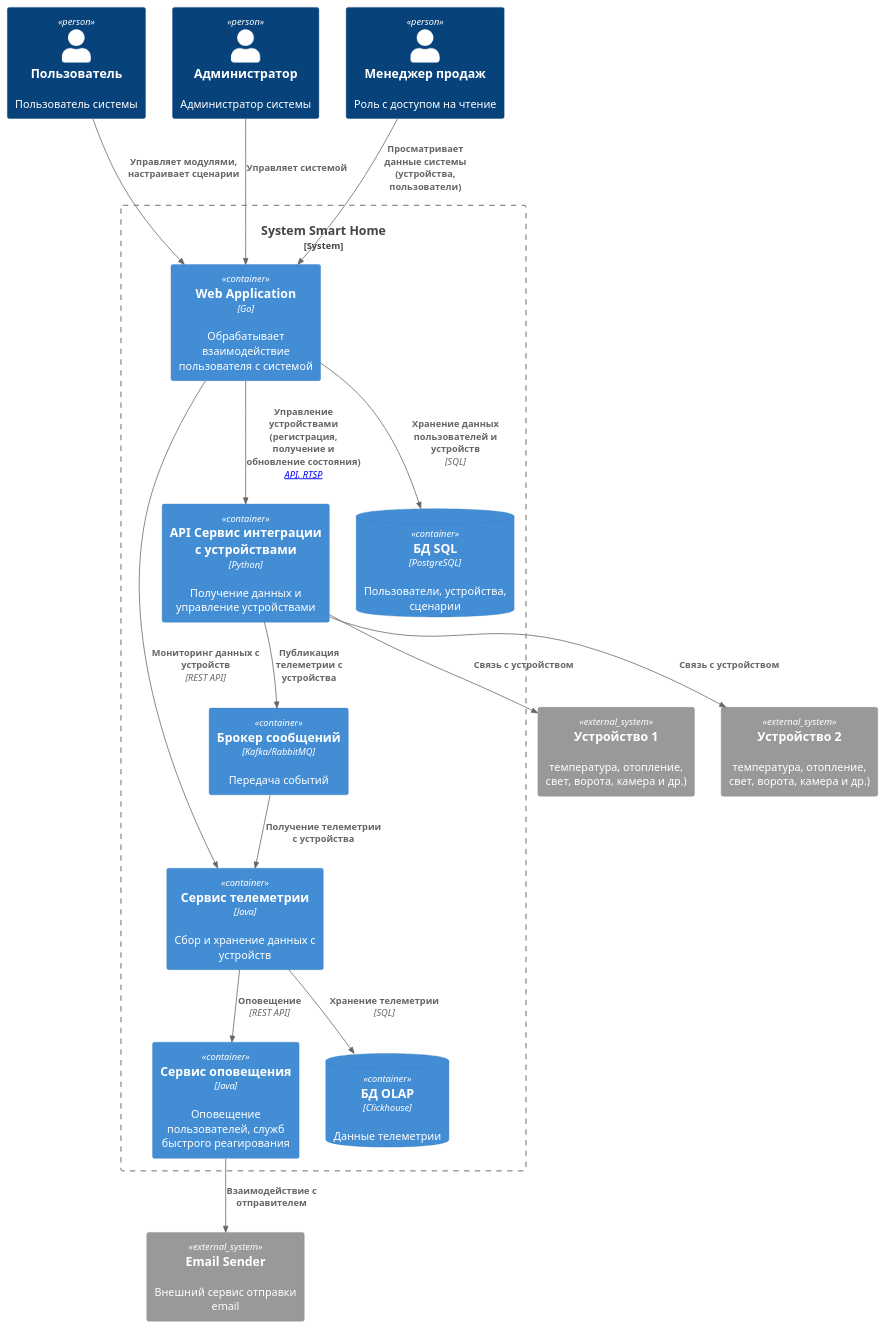
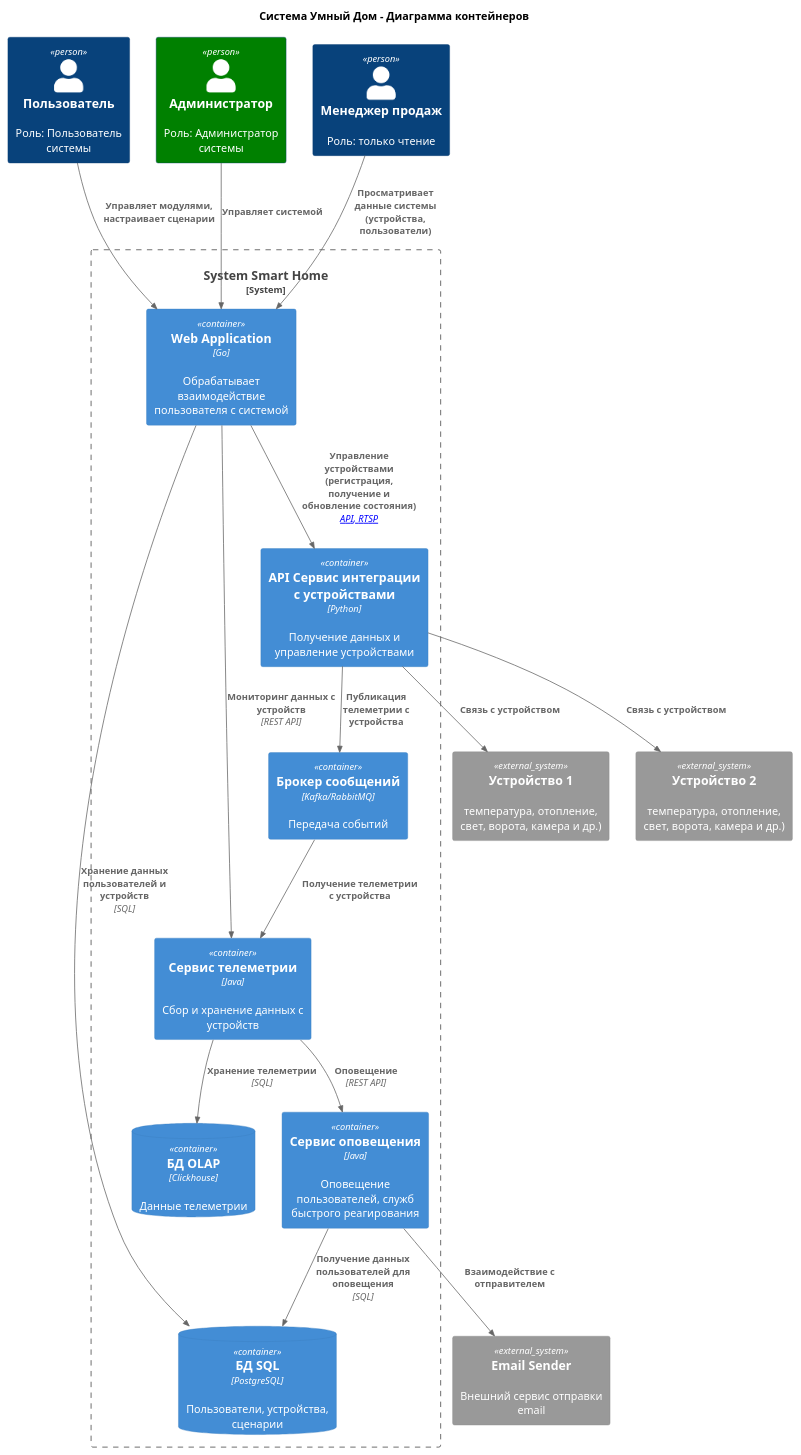
One commit to mironsv/architecture-warmhouse changed the diagram in diagrams/container/system_smart_house.puml. Above: the diagram before and after it, drawn with PlantUML. The commit also changed 3 other files, not shown here.

Commit message:
Task 3 Add ER diagram

```diff
--- a/diagrams/container/system_smart_house.puml
+++ b/diagrams/container/system_smart_house.puml
@@ -1,35 +1,37 @@
 @startuml containers
+title Система Умный Дом - Диаграмма контейнеров
 !include C4_Container.puml
 
-Person(user, "Пользователь", "Пользователь системы")
-Person(admin, "Администратор", "Администратор системы")
-Person(sales_manager, "Менеджер продаж", "Роль с доступом на чтение")
+Person(user, "Пользователь", "Роль: Пользователь системы")
+Person(admin, "Администратор", "Роль: Администратор системы") #Green
+Person(sales_manager, "Менеджер продаж", "Роль: только чтение")
 
 System_Boundary(system, "System Smart Home") {
   Container(web_app, "Web Application", "Go", "Обрабатывает взаимодействие пользователя с системой")
   Container(devices_api, "API Сервис интеграции с устройствами", "Python", "Получение данных и управление устройствами")
   Container(telemetry, "Сервис телеметрии", "Java", "Сбор и хранение данных с устройств")
   Container(notification, "Сервис оповещения", "Java", "Оповещение пользователей, служб быстрого реагирования")
   Container(message_broker, "Брокер сообщений", "Kafka/RabbitMQ", "Передача событий")
   ContainerDb(db_sql, "БД SQL", "PostgreSQL", "Пользователи, устройства, сценарии")
   ContainerDb(db_clickhouse, "БД OLAP", "Clickhouse", "Данные телеметрии")
 }
 
 System_Ext(device1, "Устройство 1", "температура, отопление, свет, ворота, камера и др.)")
 System_Ext(device2, "Устройство 2", "температура, отопление, свет, ворота, камера и др.)")
 System_Ext(email_sender, "Email Sender", "Внешний сервис отправки email")
 
 Rel(user, web_app, "Управляет модулями, настраивает сценарии")
 Rel(admin, web_app, "Управляет системой")
 Rel(sales_manager, web_app, "Просматривает данные системы (устройства, пользователи)")
 Rel(web_app, db_sql, "Хранение данных пользователей и устройств", "SQL")
 Rel(web_app, telemetry, "Мониторинг данных с устройств", "REST API")
 Rel(web_app, devices_api, "Управление устройствами (регистрация, получение и обновление состояния)", "[REST API, RTSP]")
 Rel(telemetry, db_clickhouse, "Хранение телеметрии", "SQL")
 Rel(telemetry, notification, "Оповещение", "REST API")
 Rel(notification, email_sender, "Взаимодействие с отправителем")
+Rel(notification, db_sql, "Получение данных пользователей для оповещения", "SQL")
 Rel(devices_api, message_broker, "Публикация телеметрии с устройства")
 Rel(message_broker, telemetry, "Получение телеметрии с устройства")
 Rel(devices_api, device1, "Связь с устройством")
 Rel(devices_api, device2, "Связь с устройством")
 @enduml
```
